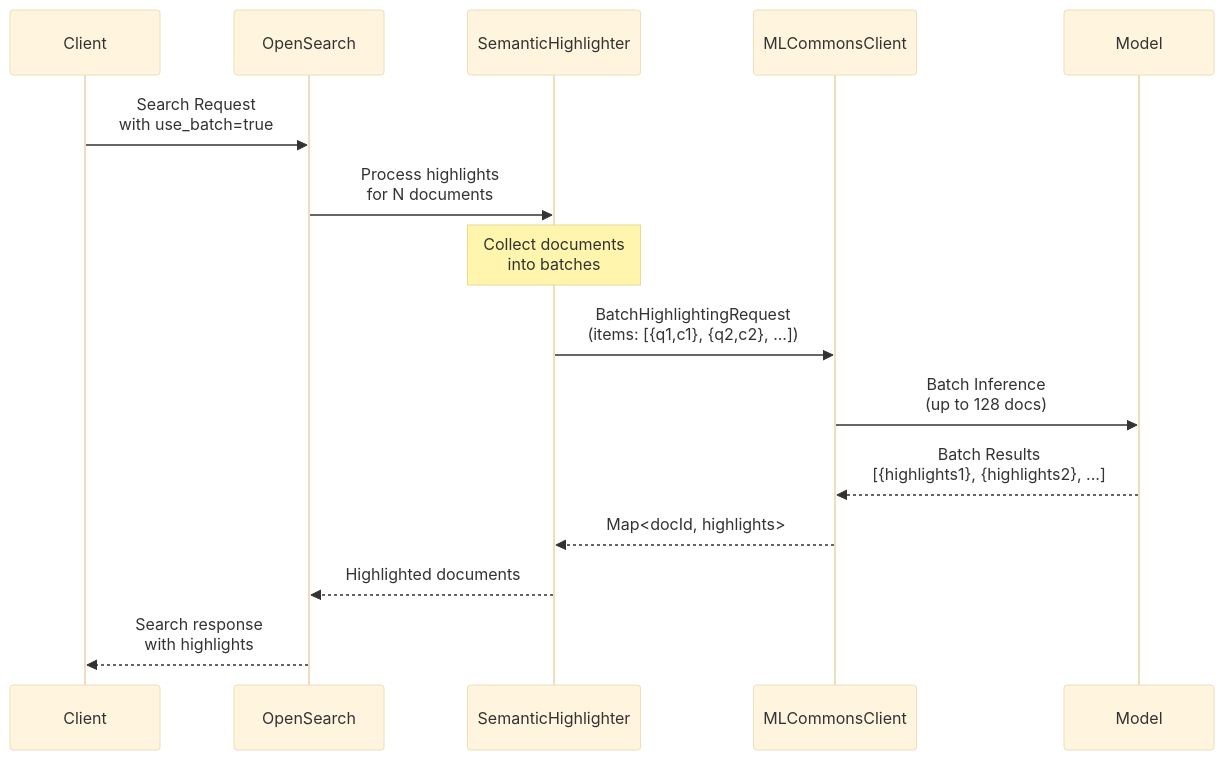
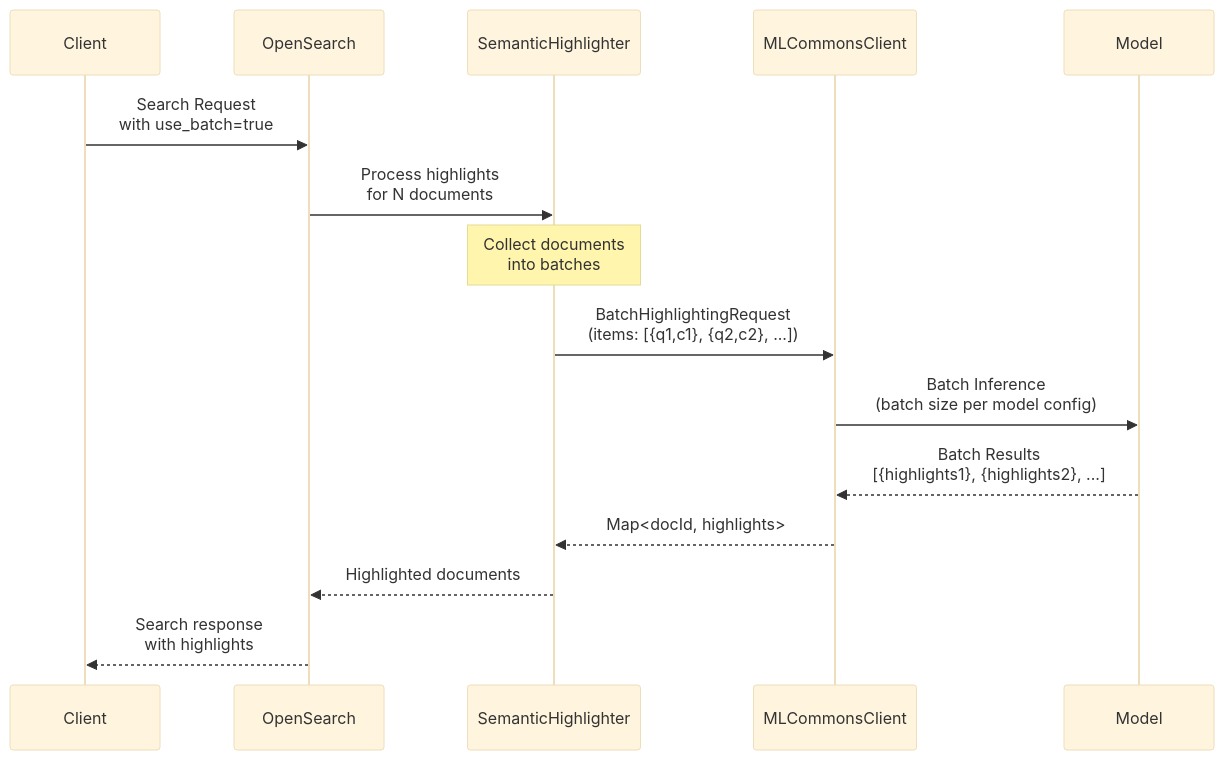
Before and after one commit to junqiu-lei/neural-search: the third of 5 diagrams in batch-semantic-highlighting/design/BATCH_SEMANTIC_HIGHLIGHTING_DESIGN.md, drawn with Mermaid (base theme). The commit also changed other lines of this file and 2 other files, not shown here.

First line of the commit message:
Remove batch size configuration from neural-search side

````diff
--- a/batch-semantic-highlighting/design/BATCH_SEMANTIC_HIGHLIGHTING_DESIGN.md
+++ b/batch-semantic-highlighting/design/BATCH_SEMANTIC_HIGHLIGHTING_DESIGN.md
@@ -195,24 +195,24 @@
 ```mermaid
 sequenceDiagram
     participant Client
     participant OpenSearch
     participant SemanticHighlighter
     participant MLCommonsClient
     participant Model
     
     Client->>OpenSearch: Search Request<br/>with use_batch=true
     OpenSearch->>SemanticHighlighter: Process highlights<br/>for N documents
     
     Note over SemanticHighlighter: Collect documents<br/>into batches
     
     SemanticHighlighter->>MLCommonsClient: BatchHighlightingRequest<br/>(items: [{q1,c1}, {q2,c2}, ...])
     
-    MLCommonsClient->>Model: Batch Inference<br/>(up to 128 docs)
+    MLCommonsClient->>Model: Batch Inference<br/>(batch size per model config)
     
     Model-->>MLCommonsClient: Batch Results<br/>[{highlights1}, {highlights2}, ...]
     
     MLCommonsClient-->>SemanticHighlighter: Map<docId, highlights>
     
     SemanticHighlighter-->>OpenSearch: Highlighted documents
     OpenSearch-->>Client: Search response<br/>with highlights
 ```
````
